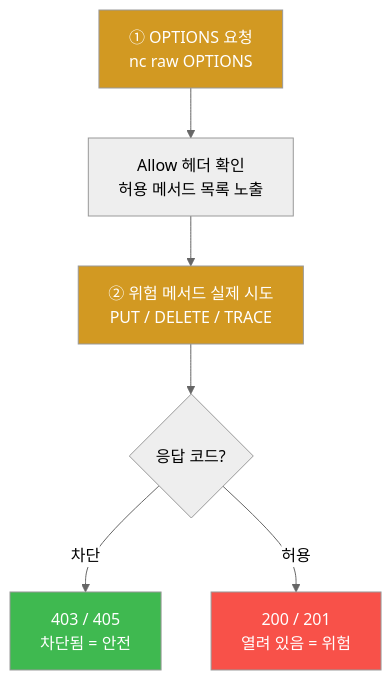
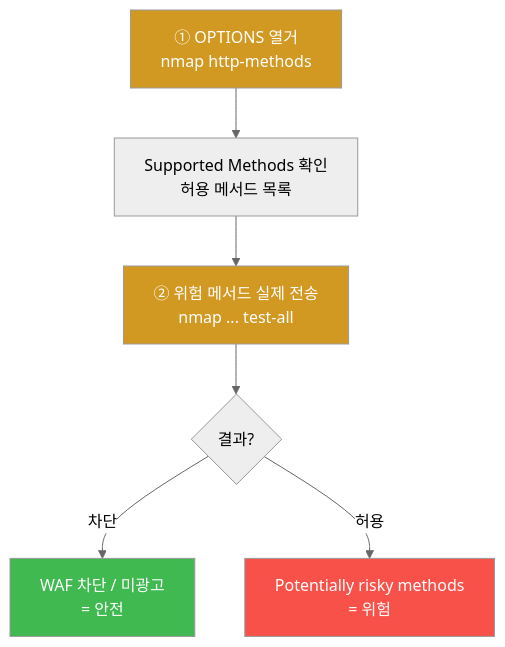
One commit to mrgrit/tw2 changed the sixth of 9 diagrams in contents/training/web-vuln/lecture_week01.md. Above: the diagram before and after it, drawn with Mermaid (neutral theme). The commit also changed other lines of this file and 25 other files, not shown here.

First line of the commit message:
fix(web-vuln): nc(raw HTTP) → 진짜 공격도구 (sqlmap/dalfox/ffuf/nikto/nuclei/hydra/whatweb)

````diff
--- a/contents/training/web-vuln/lecture_week01.md
+++ b/contents/training/web-vuln/lecture_week01.md
@@ -324,16 +334,16 @@
 ```mermaid
 graph TD
-    OPT["① OPTIONS 요청<br/>nc raw OPTIONS"]
-    ALLOW["Allow 헤더 확인<br/>허용 메서드 목록 노출"]
-    TRY["② 위험 메서드 실제 시도<br/>PUT / DELETE / TRACE"]
-    JUDGE{"응답 코드?"}
-    SAFE["403 / 405<br/>차단됨 = 안전"]
-    RISK["200 / 201<br/>열려 있음 = 위험"]
+    OPT["① OPTIONS 열거<br/>nmap http-methods"]
+    ALLOW["Supported Methods 확인<br/>허용 메서드 목록"]
+    TRY["② 위험 메서드 실제 전송<br/>nmap ... test-all"]
+    JUDGE{"결과?"}
+    SAFE["WAF 차단 / 미광고<br/>= 안전"]
+    RISK["Potentially risky methods<br/>= 위험"]
     OPT --> ALLOW --> TRY --> JUDGE
     JUDGE -->|차단| SAFE
     JUDGE -->|허용| RISK
     style OPT fill:#d29922,color:#fff
     style TRY fill:#d29922,color:#fff
     style SAFE fill:#3fb950,color:#fff
     style RISK fill:#f85149,color:#fff
 ```
````
